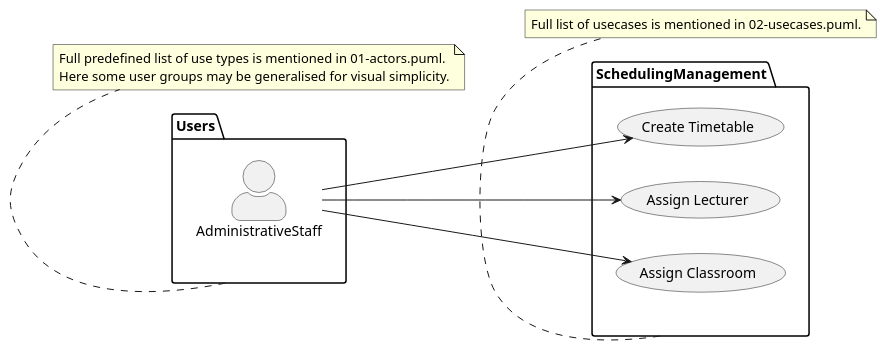
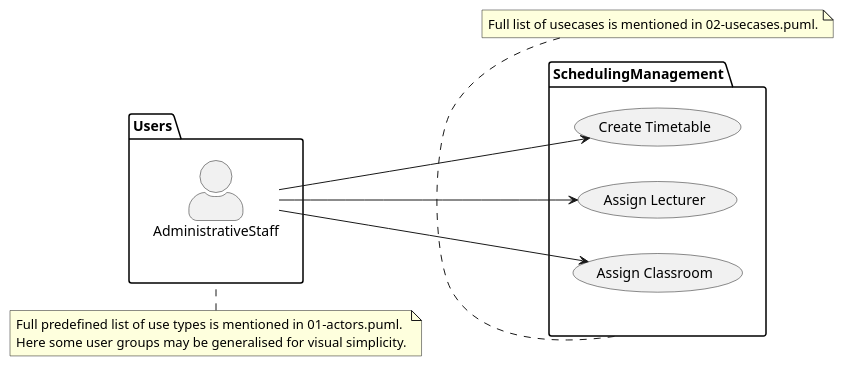
One commit to TechnoDamo/OpenCampus changed the diagram in docs/uml/03-scheduling-usecases.puml. Above: the diagram before and after it, drawn with PlantUML. The commit also changed 2 other files, not shown here.

```diff
--- a/docs/uml/03-scheduling-usecases.puml
+++ b/docs/uml/03-scheduling-usecases.puml
@@ -1,32 +1,32 @@
 @startuml
 left to right direction
 
 package Users {
 
     skinparam actorStyle awesome
     actor AdministrativeStaff 
 
 }
-note bottom of (Users) 
+note top of (Users) 
 Full predefined list of use types is mentioned in 01-actors.puml.
 Here some user groups may be generalised for visual simplicity.
 end note
 
 
 package SchedulingManagement {
     usecase "Create Timetable" as UC4
     usecase "Assign Lecturer" as UC5
     usecase "Assign Classroom" as UC6
 }
 
-note bottom of (SchedulingManagement) 
+note top of (SchedulingManagement) 
 Full list of usecases is mentioned in 02-usecases.puml.
 end note
 
 ' --- Connections ---
 AdministrativeStaff --> UC4
 AdministrativeStaff --> UC5
 AdministrativeStaff --> UC6
 
 
 @enduml
```
